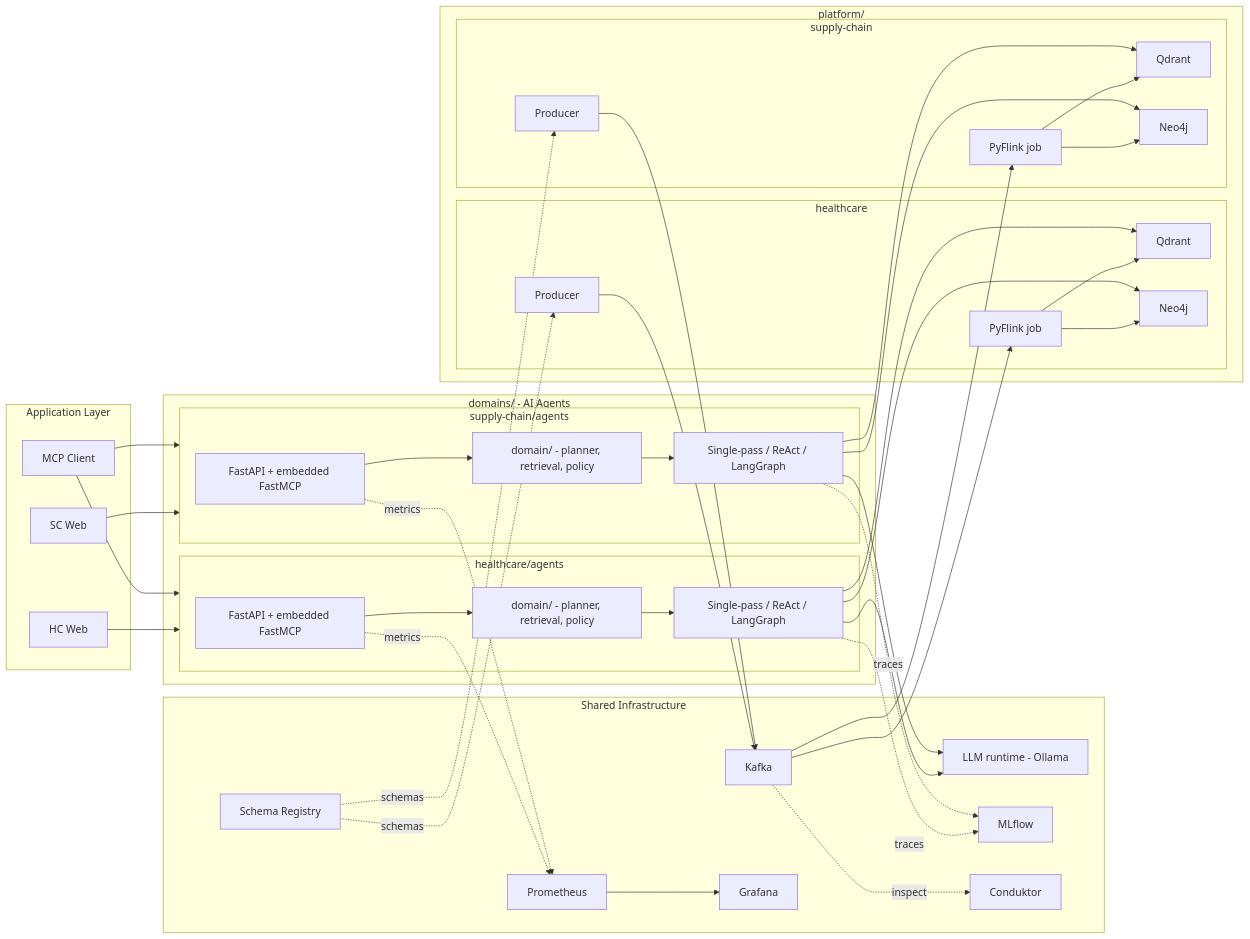
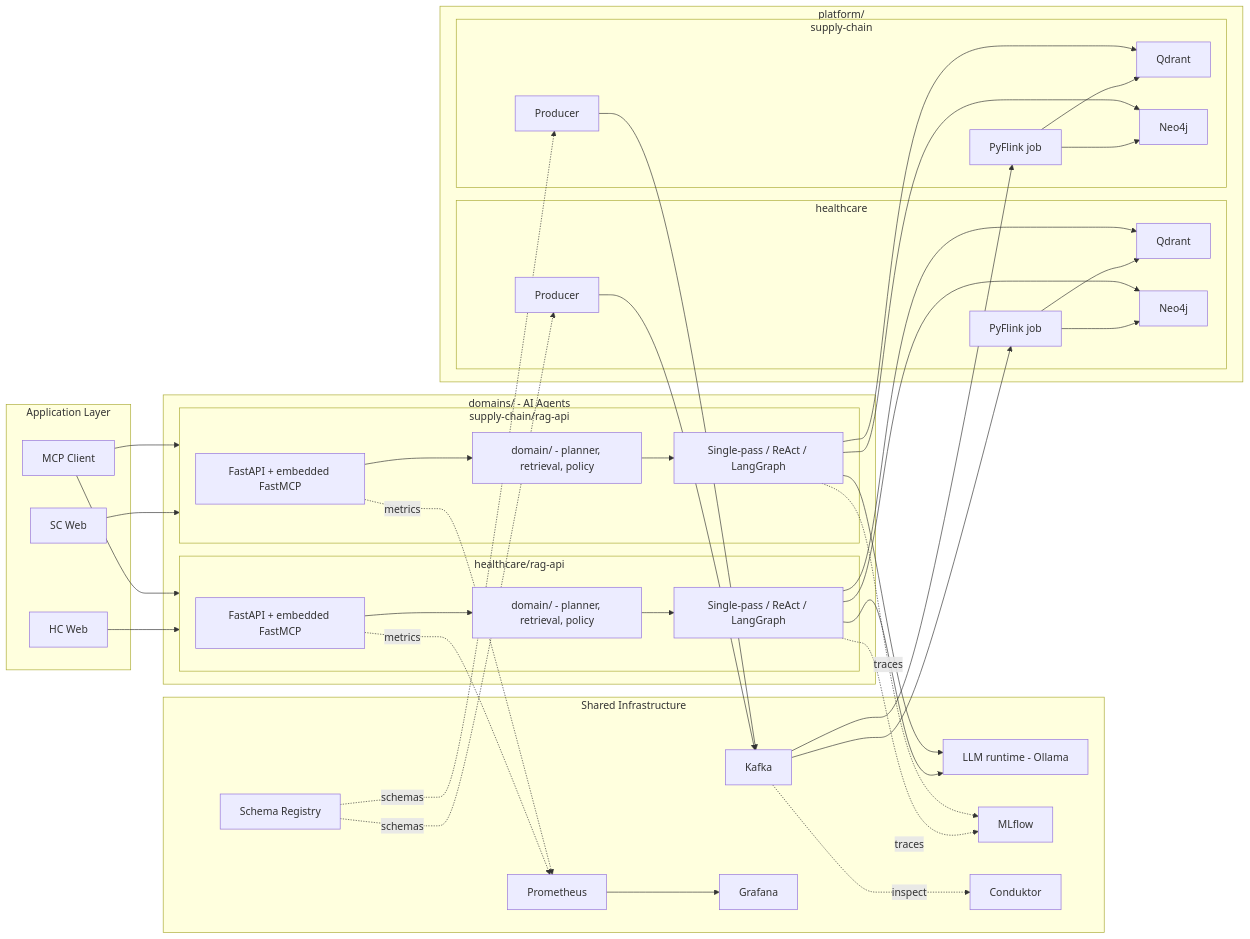
Before and after one commit to wchen-dea/Agentic-AI-Healthcare-GraphRAG: the first of 4 diagrams in docs/02_architecture.md, drawn with Mermaid. The commit also changed other lines of this file and 184 other files, not shown here.

First line of the commit message:
Layer agent backend into uv-packaged rag-api workspace

````diff
--- a/docs/02_architecture.md
+++ b/docs/02_architecture.md
@@ -260,65 +261,65 @@
 ```mermaid
 flowchart LR
   subgraph Infra[Shared Infrastructure]
     K[Kafka]
     SR[Schema Registry]
     L[LLM runtime - Ollama]
     PR[Prometheus]
     GF[Grafana]
     MLF[MLflow]
     CDK[Conduktor]
   end
 
   subgraph DP[platform/]
     subgraph DPHC[healthcare]
       HP[Producer] --> K
       SR -. schemas .-> HP
       K --> HF[PyFlink job]
       HF --> HQ[Qdrant]
       HF --> HN[Neo4j]
     end
     subgraph DPSC[supply-chain]
       SP[Producer] --> K
       SR -. schemas .-> SP
       K --> SF[PyFlink job]
       SF --> SQ[Qdrant]
       SF --> SN[Neo4j]
     end
   end
 
   subgraph Domains[domains/ - AI Agents]
-    subgraph HCA[healthcare/agents]
+    subgraph HCA[healthcare/rag-api]
       HAPI[FastAPI + embedded FastMCP]
       HDOM[domain/ - planner, retrieval, policy]
       HMODES[Single-pass / ReAct / LangGraph]
       HAPI --> HDOM --> HMODES
     end
-    subgraph SCA[supply-chain/agents]
+    subgraph SCA[supply-chain/rag-api]
       SAPI[FastAPI + embedded FastMCP]
       SDOM[domain/ - planner, retrieval, policy]
       SMODES[Single-pass / ReAct / LangGraph]
       SAPI --> SDOM --> SMODES
     end
   end
 
   subgraph UI[Application Layer]
     HWeb[HC Web] --> HCA
     SWeb[SC Web] --> SCA
     MCPClient[MCP Client] --> HCA
     MCPClient --> SCA
   end
 
   HMODES --> HQ
   HMODES --> HN
   SMODES --> SQ
   SMODES --> SN
   HMODES --> L
   SMODES --> L
 
   K -. inspect .-> CDK
   HAPI -. metrics .-> PR
   SAPI -. metrics .-> PR
   HMODES -. traces .-> MLF
   SMODES -. traces .-> MLF
   PR --> GF
 ```
````
